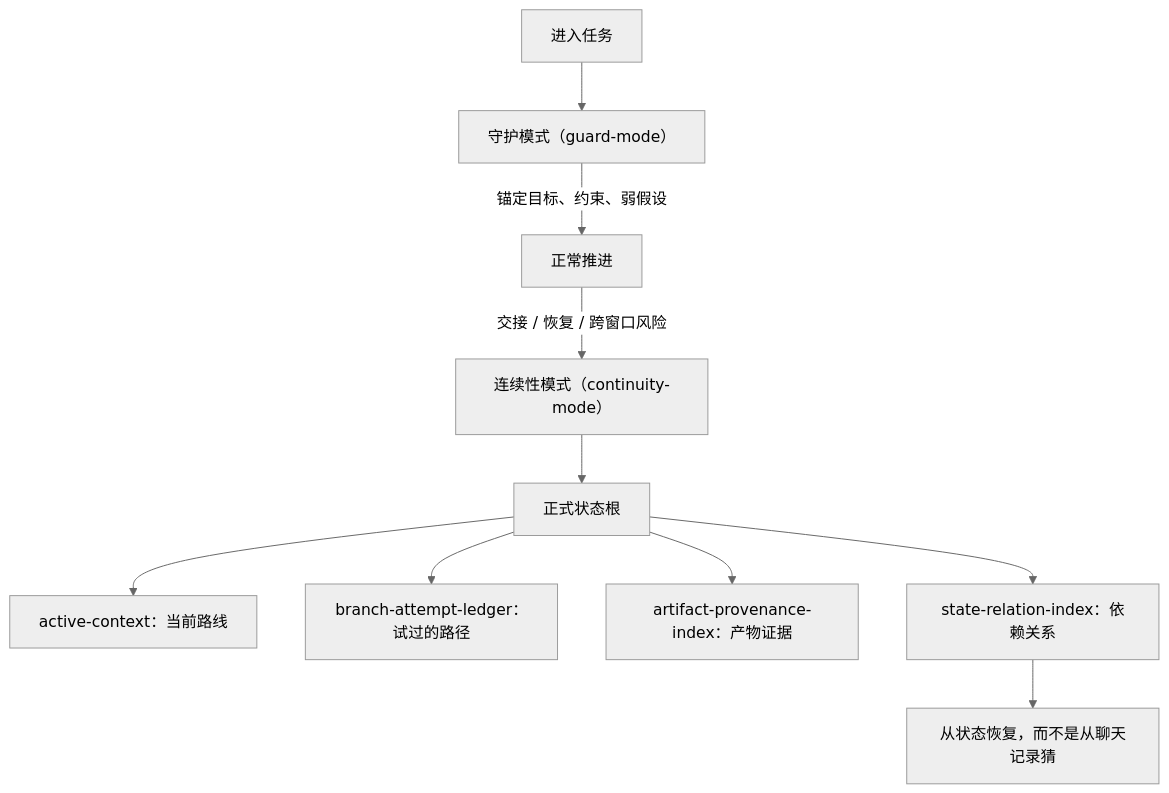
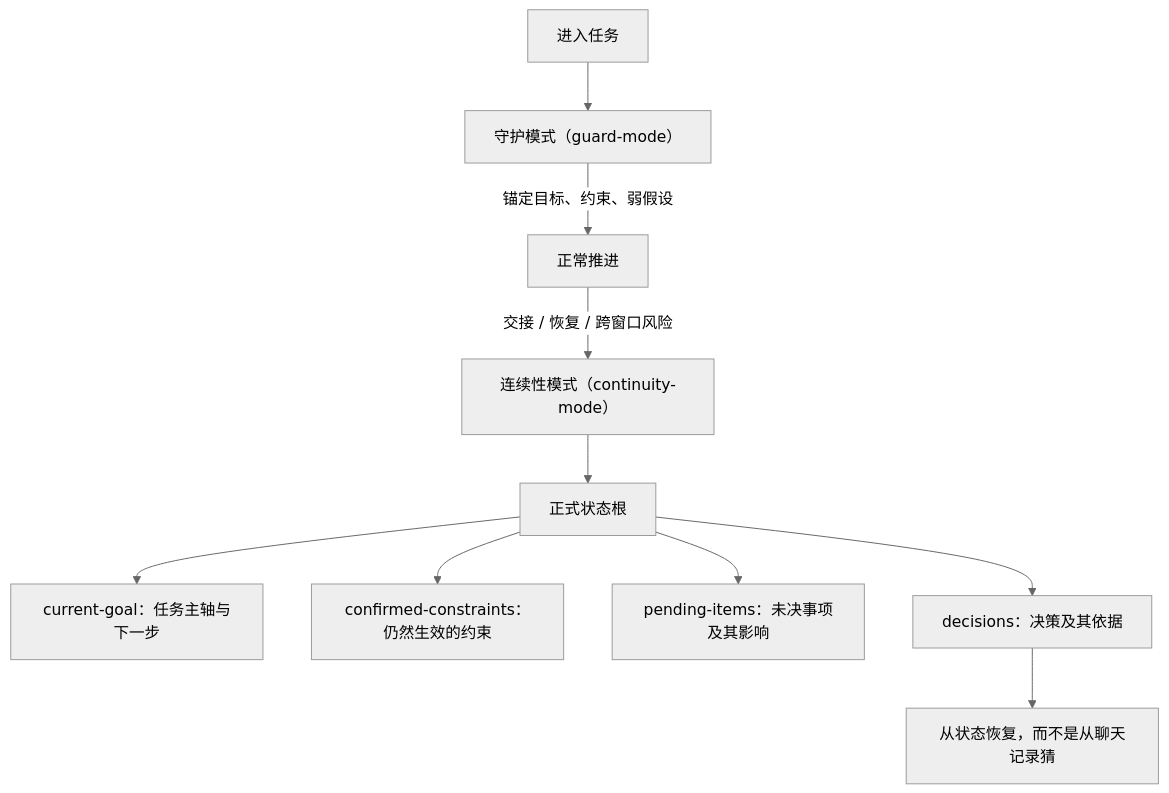
The diagram in README.zh.md (bagbag16/agent-continuity-harness), drawn with Mermaid (neutral theme) before and after one commit. The commit also changed other lines of this file and 4 other files, not shown here.

````diff
--- a/README.zh.md
+++ b/README.zh.md
@@ -12,12 +12,12 @@
 ```mermaid
 flowchart TD
   T["进入任务"] --> G["守护模式（guard-mode）"]
   G -->|"锚定目标、约束、弱假设"| W["正常推进"]
   W -->|"交接 / 恢复 / 跨窗口风险"| C["连续性模式（continuity-mode）"]
   C --> S["正式状态根"]
-  S --> A["active-context：当前路线"]
-  S --> B["branch-attempt-ledger：试过的路径"]
-  S --> P["artifact-provenance-index：产物证据"]
-  S --> R["state-relation-index：依赖关系"]
+  S --> A["current-goal：任务主轴与下一步"]
+  S --> B["confirmed-constraints：仍然生效的约束"]
+  S --> P["pending-items：未决事项及其影响"]
+  S --> R["decisions：决策及其依据"]
   R --> H["从状态恢复，而不是从聊天记录猜"]
 ```
````
